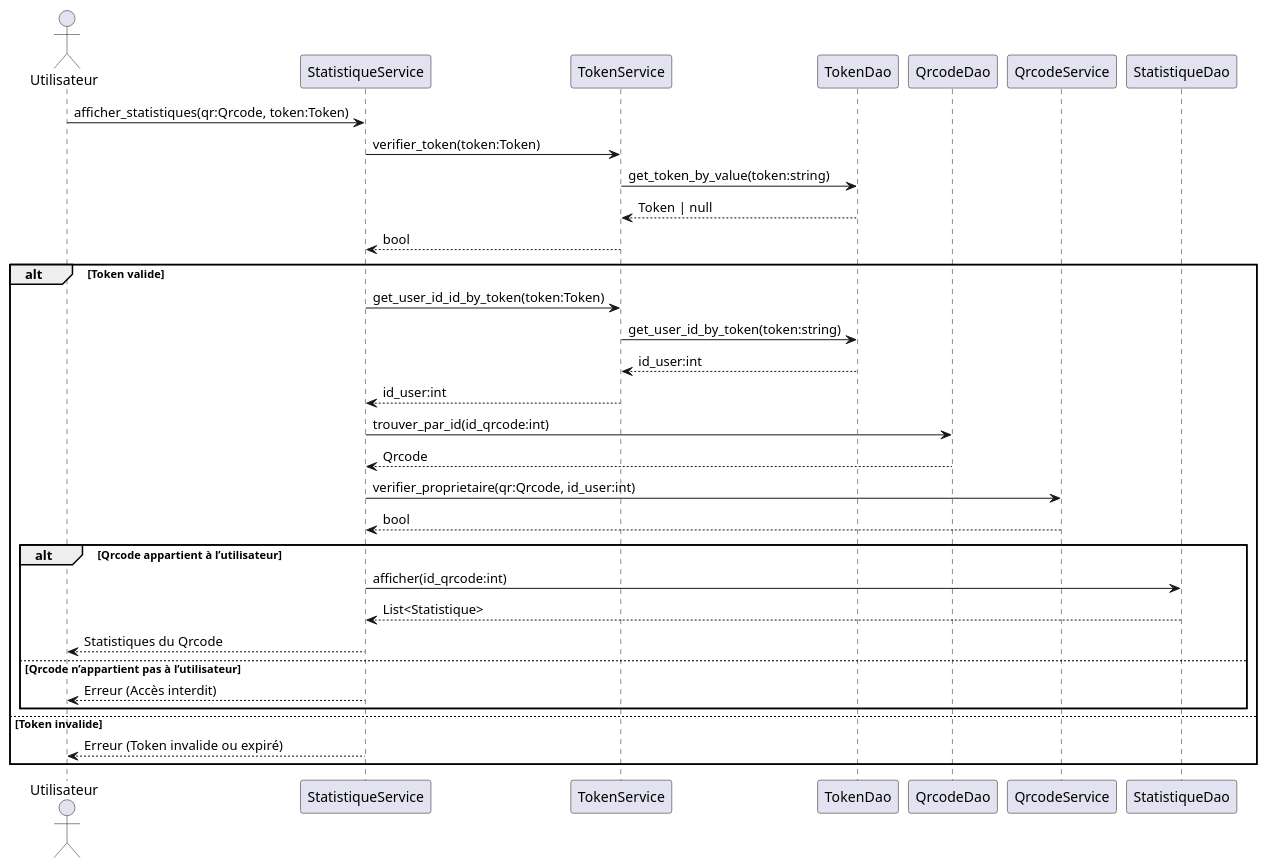
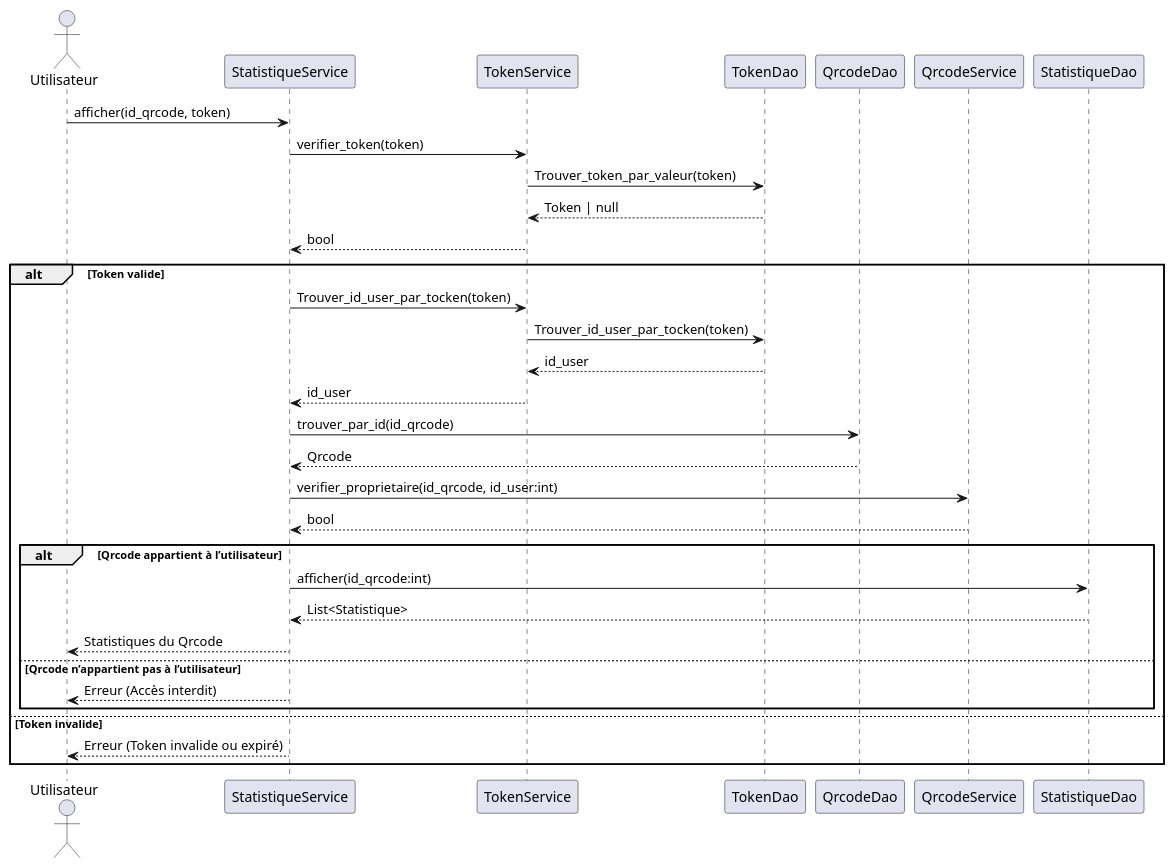
One commit to AdamLaporte/ENSAI-2A-projet-info-groupe-32 changed the diagram in doc/diag_sequence/Consultation_stat.puml. Above: the diagram before and after it, drawn with PlantUML. The commit also changed 3 other files, not shown here.

```diff
--- a/doc/diag_sequence/Consultation_stat.puml
+++ b/doc/diag_sequence/Consultation_stat.puml
@@ -1,53 +1,53 @@
 @startuml
 
 /' 
 -------------------------------------------------------------------
   NOTICE D’UTILISATION DANS VSCODE 
 
   1. Installer Java et Graphviz dans ton environnement :
      - Ouvre un terminal puis tape :
          sudo apt update
          sudo apt install -y default-jre graphviz
 
   2. Dans VSCode :
      - Installer l’extension "PlantUML"
 
   3. Exécution :
      - Ouvrir ce fichier .puml dans VSCode
      - Appuyer sur ALT + D pour générer et prévisualiser le diagramme
 ------------------------------------------------------------------- 
 '/
 
 actor Utilisateur
 
-Utilisateur -> StatistiqueService : afficher_statistiques(qr:Qrcode, token:Token)
+Utilisateur -> StatistiqueService : afficher(id_qrcode, token)
 
-StatistiqueService -> TokenService : verifier_token(token:Token)
-TokenService -> TokenDao : get_token_by_value(token:string)
+StatistiqueService -> TokenService : verifier_token(token)
+TokenService -> TokenDao : Trouver_token_par_valeur(token)
 TokenDao --> TokenService : Token | null
 TokenService --> StatistiqueService : bool
 
 alt Token valide
-    StatistiqueService -> TokenService : get_user_id_id_by_token(token:Token)
-    TokenService -> TokenDao : get_user_id_by_token(token:string)
-    TokenDao --> TokenService : id_user:int
-    TokenService --> StatistiqueService : id_user:int
+    StatistiqueService -> TokenService : Trouver_id_user_par_tocken(token)
+    TokenService -> TokenDao : Trouver_id_user_par_tocken(token)
+    TokenDao --> TokenService : id_user
+    TokenService --> StatistiqueService : id_user
 
-    StatistiqueService -> QrcodeDao : trouver_par_id(id_qrcode:int)
+    StatistiqueService -> QrcodeDao : trouver_par_id(id_qrcode)
     QrcodeDao --> StatistiqueService : Qrcode
 
-    StatistiqueService -> QrcodeService : verifier_proprietaire(qr:Qrcode, id_user:int)
+    StatistiqueService -> QrcodeService : verifier_proprietaire(id_qrcode, id_user:int)
     QrcodeService --> StatistiqueService : bool
 
     alt Qrcode appartient à l’utilisateur
         StatistiqueService -> StatistiqueDao : afficher(id_qrcode:int)
         StatistiqueDao --> StatistiqueService : List<Statistique>
         StatistiqueService --> Utilisateur : Statistiques du Qrcode
     else Qrcode n’appartient pas à l’utilisateur
         StatistiqueService --> Utilisateur : Erreur (Accès interdit)
     end
 else Token invalide
     StatistiqueService --> Utilisateur : Erreur (Token invalide ou expiré)
 end
 
 @enduml
```
